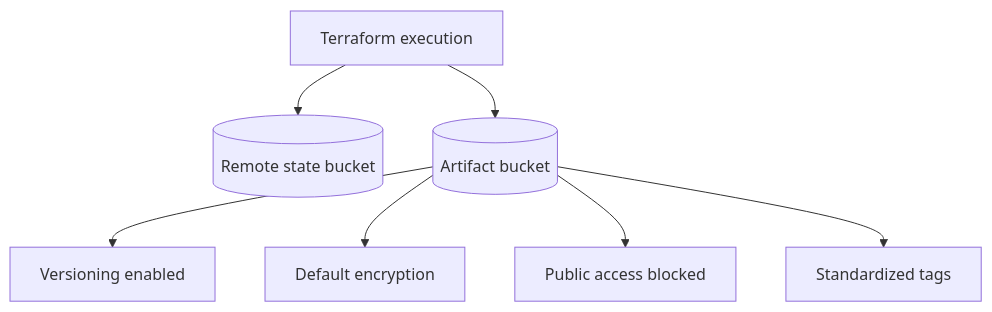
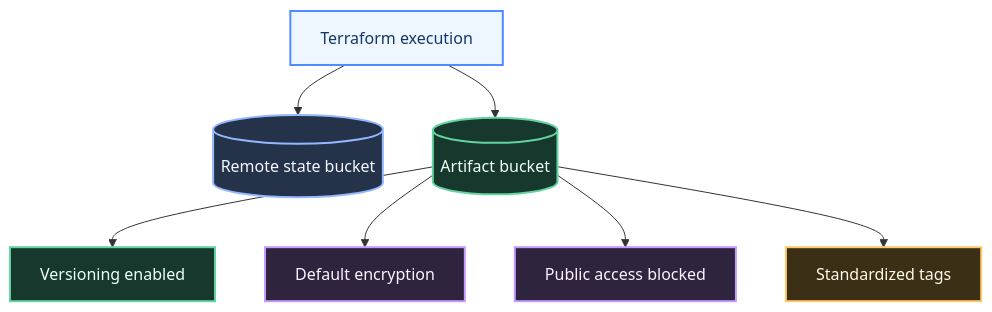
One commit to swapnil-a-p/tf-codepipeline changed the diagram in docs/architecture.md. Above: the diagram before and after it, drawn with Mermaid. The commit also changed 1 other file, not shown here.

Commit message:
Color-grade Terraform architecture diagrams

````diff
--- a/docs/architecture.md
+++ b/docs/architecture.md
@@ -14,17 +14,29 @@
 ```mermaid
 flowchart TD
+    classDef exec fill:#eef6ff,stroke:#4d8dff,color:#133768,stroke-width:2px;
+    classDef state fill:#24324a,stroke:#94b7ff,color:#f3f8ff,stroke-width:2px;
+    classDef infra fill:#17382c,stroke:#63d3a0,color:#effff7,stroke-width:2px;
+    classDef security fill:#2e243d,stroke:#c59aff,color:#fbf3ff,stroke-width:2px;
+    classDef meta fill:#3b2f16,stroke:#ffca6b,color:#fff8eb,stroke-width:2px;
+
     RUN[Terraform execution]
     BACKEND[(Remote state bucket)]
     ART[(Artifact bucket)]
     V[Versioning enabled]
     E[Default encryption]
     P[Public access blocked]
     TAGS[Standardized tags]
 
     RUN --> BACKEND
     RUN --> ART
     ART --> V
     ART --> E
     ART --> P
     ART --> TAGS
+
+    class RUN exec;
+    class BACKEND state;
+    class ART,V infra;
+    class E,P security;
+    class TAGS meta;
 ```
````
